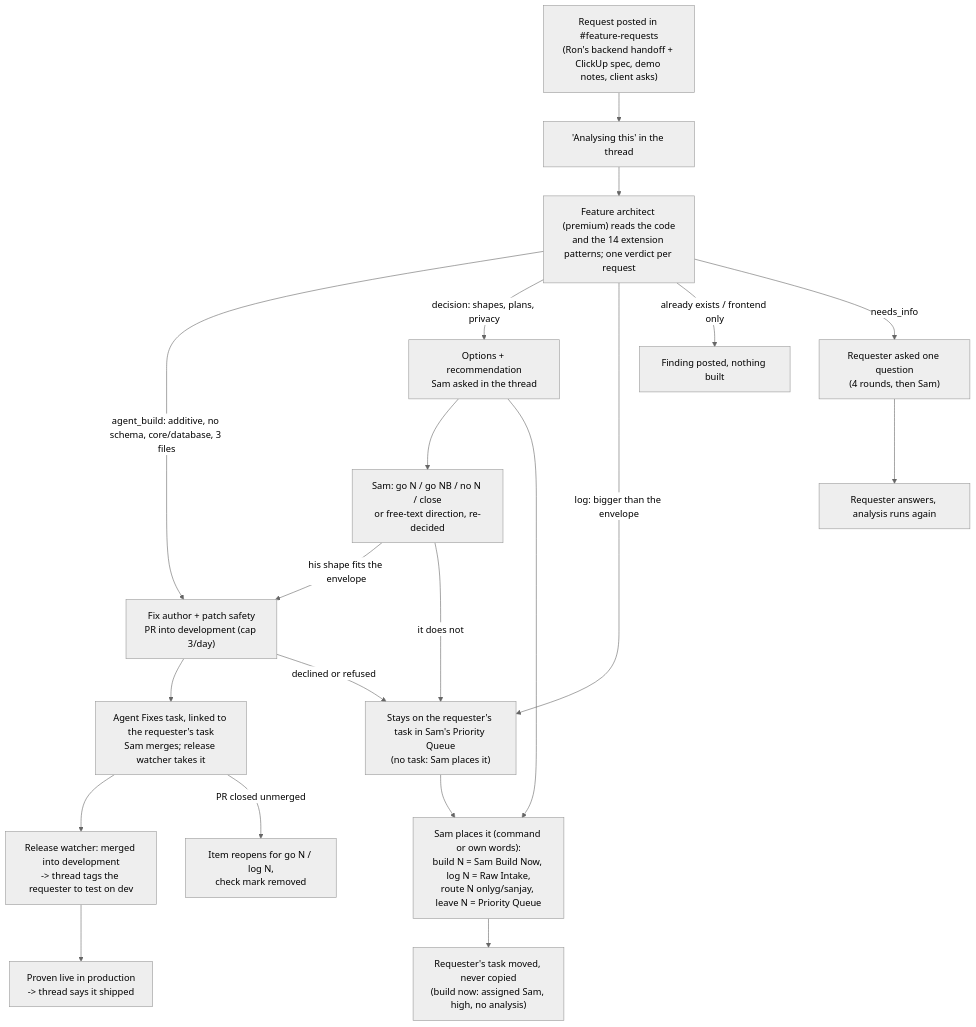
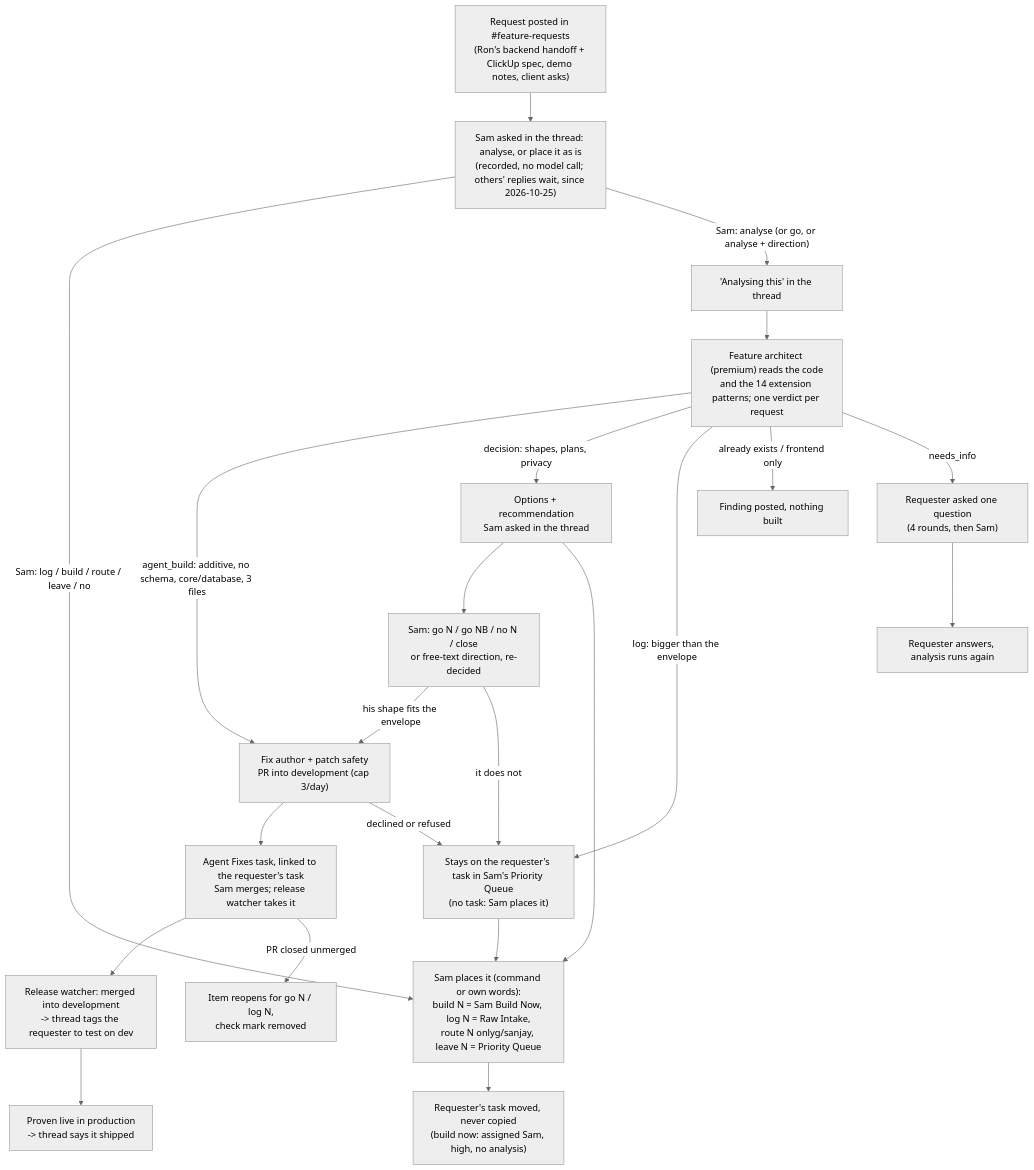
The ninth of 12 diagrams in WORKFLOWS.md (vomeadmin/vome-os), drawn with Mermaid (neutral theme) before and after one commit. The commit also changed 9 other files, not shown here.

````diff
--- a/WORKFLOWS.md
+++ b/WORKFLOWS.md
@@ -197,22 +197,24 @@
 ```mermaid
 flowchart TD
-  P["Request posted in #feature-requests<br/>(Ron's backend handoff + ClickUp spec, demo notes, client asks)"]:::built --> ACK["'Analysing this' in the thread"]:::built
+  P["Request posted in #feature-requests<br/>(Ron's backend handoff + ClickUp spec, demo notes, client asks)"]:::built --> Q["Sam asked in the thread: analyse, or place it as is<br/>(recorded, no model call; others' replies wait, since 2026-10-25)"]:::built
+  Q -->|"Sam: log / build / route / leave / no"| PLACE
+  Q -->|"Sam: analyse (or go, or analyse + direction)"| ACK["'Analysing this' in the thread"]:::built
   ACK --> FA["Feature architect (premium) reads the code<br/>and the 14 extension patterns; one verdict per request"]:::built
   FA -->|agent_build: additive, no schema, core/database, 3 files| FX["Fix author + patch safety<br/>PR into development (cap 3/day)"]:::built
   FX --> AF["Agent Fixes task, linked to the requester's task<br/>Sam merges; release watcher takes it"]:::built
   AF --> MD["Release watcher: merged into development<br/>-> thread tags the requester to test on dev"]:::built
   MD --> LV["Proven live in production<br/>-> thread says it shipped"]:::built
   AF -->|PR closed unmerged| RO["Item reopens for go N / log N,<br/>check mark removed"]:::built
   FX -->|declined or refused| LOG
   FA -->|decision: shapes, plans, privacy| SAM["Options + recommendation<br/>Sam asked in the thread"]:::built
   FA -->|log: bigger than the envelope| LOG["Stays on the requester's task in Sam's Priority Queue<br/>(no task: Sam places it)"]:::built
   FA -->|already exists / frontend only| FIN["Finding posted, nothing built"]:::built
   FA -->|needs_info| ASK["Requester asked one question<br/>(4 rounds, then Sam)"]:::built
   SAM --> CMD["Sam: go N / go NB / no N / close<br/>or free-text direction, re-decided"]:::built
   CMD -->|his shape fits the envelope| FX
   CMD -->|it does not| LOG
   SAM --> PLACE["Sam places it (command or own words):<br/>build N = Sam Build Now, log N = Raw Intake,<br/>route N onlyg/sanjay, leave N = Priority Queue"]:::built
   LOG --> PLACE
   PLACE --> MOVE["Requester's task moved, never copied<br/>(build now: assigned Sam, high, no analysis)"]:::built
   ASK --> RE["Requester answers, analysis runs again"]:::built
 ```
````
